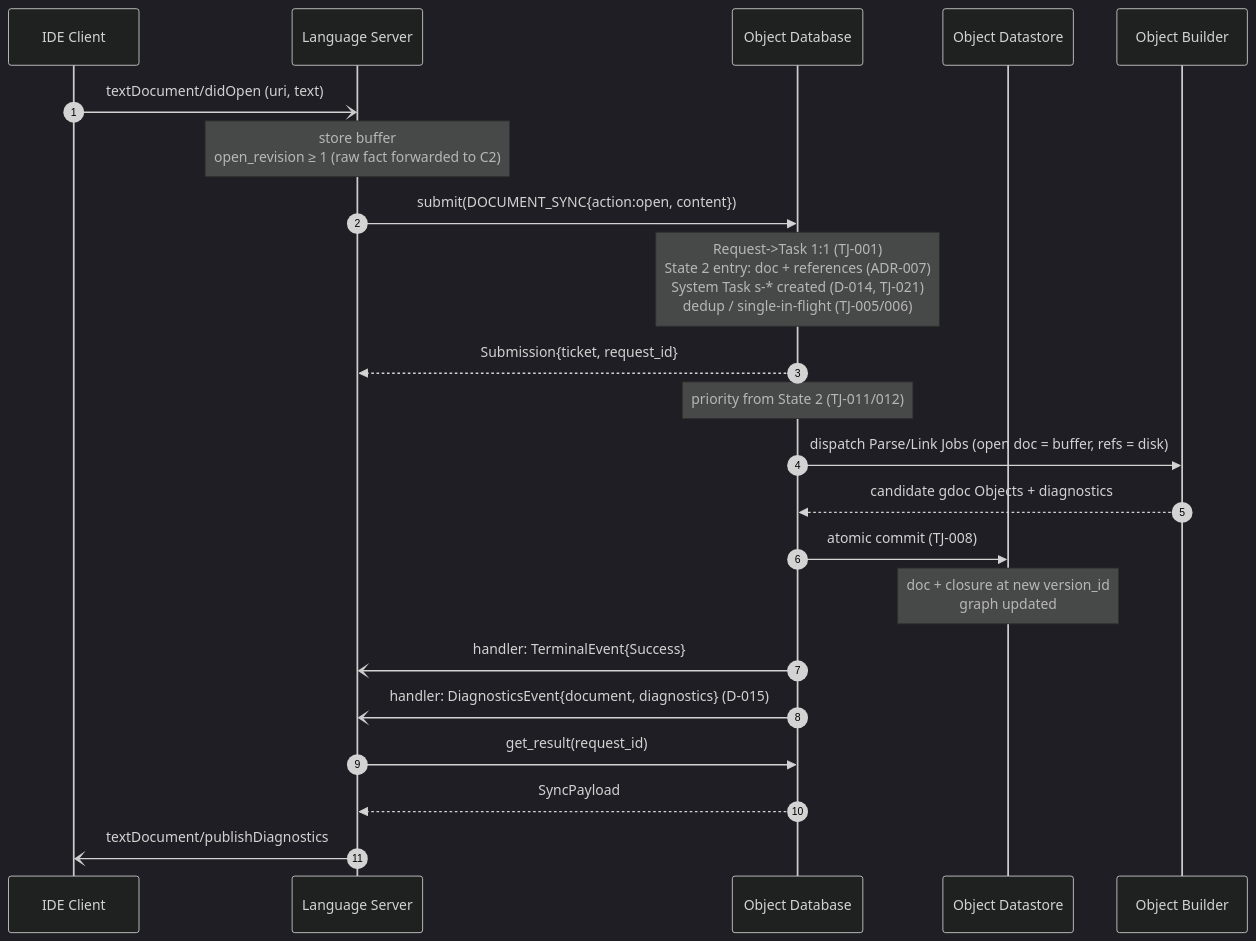
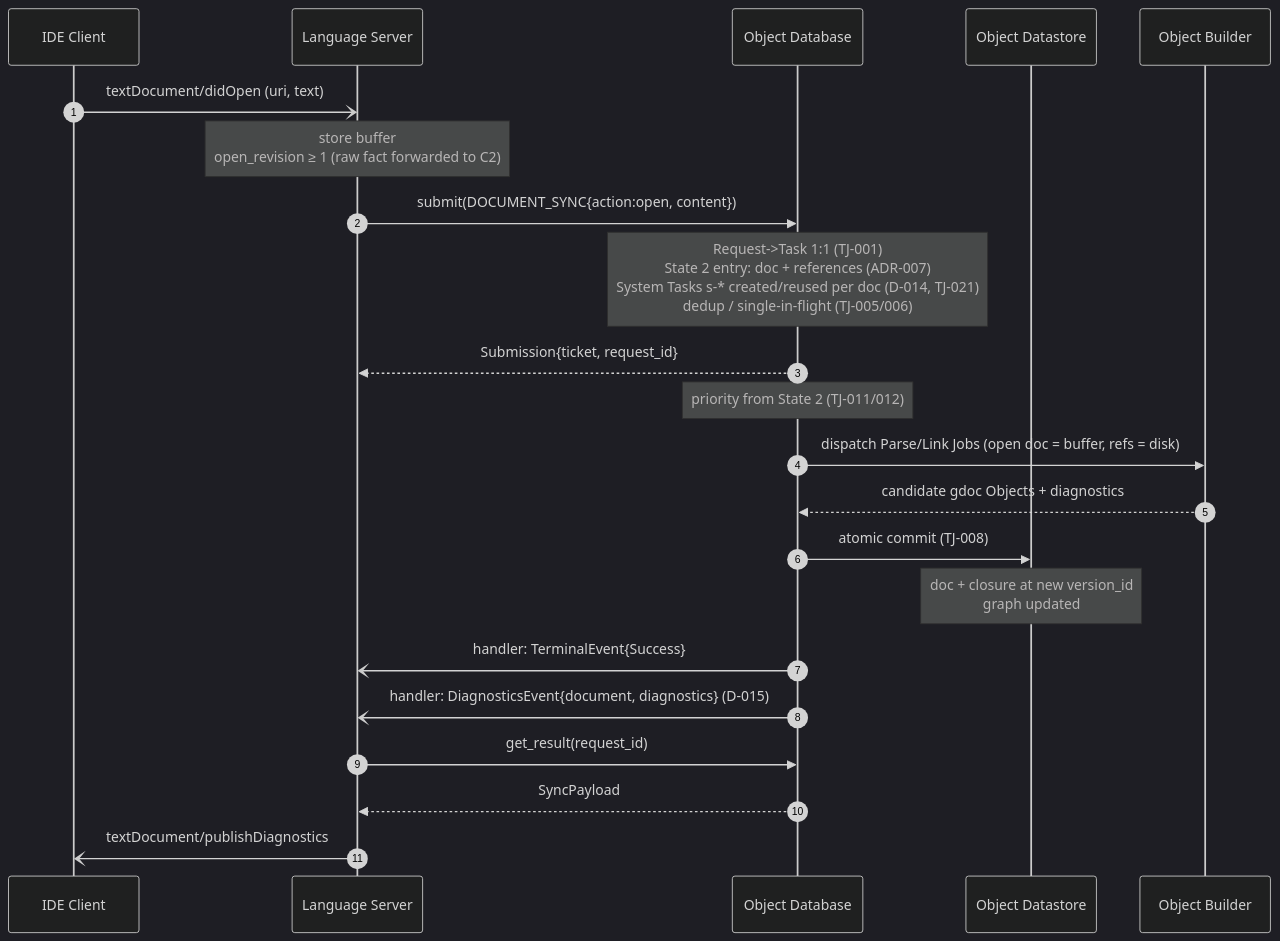
The diagram in docs/architecture/gdocServer/usecases/UC-002_OpenText.md (tyskdm/gdoc), drawn with Mermaid (dark theme) before and after one commit. The commit also changed other lines of this file and 5 other files, not shown here.

````diff
--- a/docs/architecture/gdocServer/usecases/UC-002_OpenText.md
+++ b/docs/architecture/gdocServer/usecases/UC-002_OpenText.md
@@ -185,25 +186,25 @@
 ```mermaid
 sequenceDiagram
     autonumber
     participant IDE as IDE Client
     participant C1 as Language Server
     participant C2 as Object Database
     participant C3 as Object Datastore
     participant C4 as Object Builder
 
     IDE-)C1: textDocument/didOpen (uri, text)
     Note over C1: store buffer<br>open_revision ≥ 1 (raw fact forwarded to C2)
     C1->>C2: submit(DOCUMENT_SYNC{action:open, content})
-    Note over C2: Request->Task 1:1 (TJ-001)<br>State 2 entry: doc + references (ADR-007)<br>System Task s-* created (D-014, TJ-021)<br>dedup / single-in-flight (TJ-005/006)
+    Note over C2: Request->Task 1:1 (TJ-001)<br>State 2 entry: doc + references (ADR-007)<br>System Tasks s-* created/reused per doc (D-014, TJ-021)<br>dedup / single-in-flight (TJ-005/006)
     C2-->>C1: Submission{ticket, request_id}
     Note over C2: priority from State 2 (TJ-011/012)
     C2->>C4: dispatch Parse/Link Jobs (open doc = buffer, refs = disk)
     C4-->>C2: candidate gdoc Objects + diagnostics
     C2->>C3: atomic commit (TJ-008)
     Note over C3: doc + closure at new version_id<br>graph updated
     C2-)C1: handler: TerminalEvent{Success}
     C2-)C1: handler: DiagnosticsEvent{document, diagnostics} (D-015)
     C1->>C2: get_result(request_id)
     C2-->>C1: SyncPayload
     C1-)IDE: textDocument/publishDiagnostics
 ```
````
